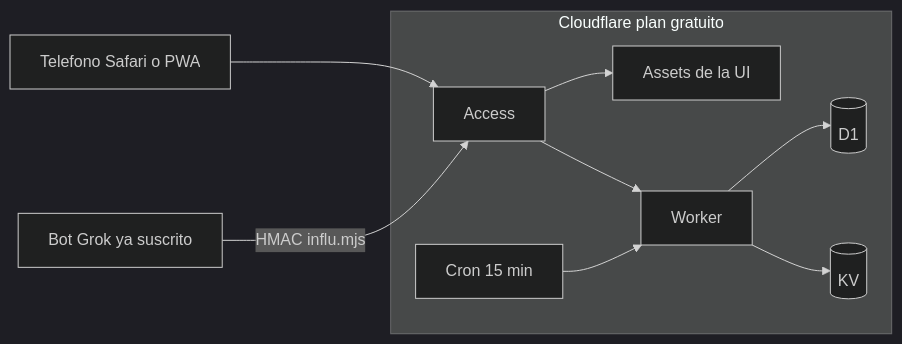
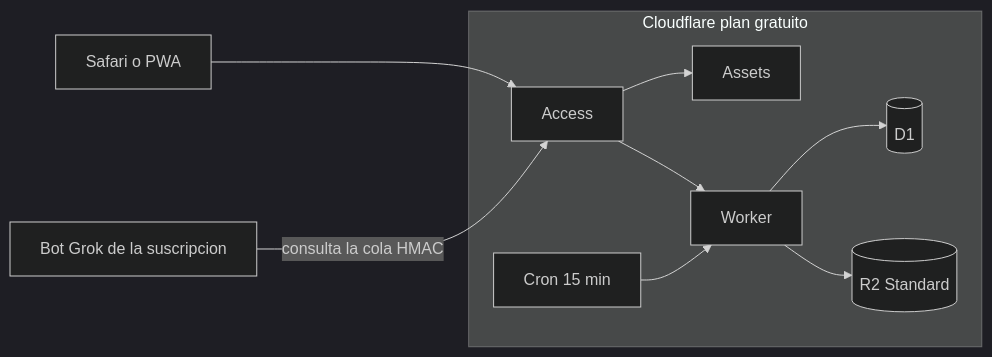
Before and after one commit to daniel-saezv/Influ-orchestrator: the second of 2 diagrams in docs/plan-ui-encargos.md, drawn with Mermaid (dark theme). The commit also changed other lines of this file, not shown here.

````diff
--- a/docs/plan-ui-encargos.md
+++ b/docs/plan-ui-encargos.md
@@ -170,20 +201,20 @@
 ```mermaid
 flowchart LR
-  phone[Telefono Safari o PWA]
+  phone[Safari o PWA]
   subgraph cf [Cloudflare plan gratuito]
     access[Access]
-    ui[Assets de la UI]
+    ui[Assets]
     w[Worker]
     d1[(D1)]
-    kv[(KV)]
+    r2[(R2 Standard)]
     cron[Cron 15 min]
   end
-  bot[Bot Grok ya suscrito]
+  bot[Bot Grok de la suscripcion]
   phone --> access
   access --> ui
   access --> w
   w --> d1
-  w --> kv
+  w --> r2
   cron --> w
-  bot -->|HMAC influ.mjs| access
+  bot -->|consulta la cola HMAC| access
 ```
````
